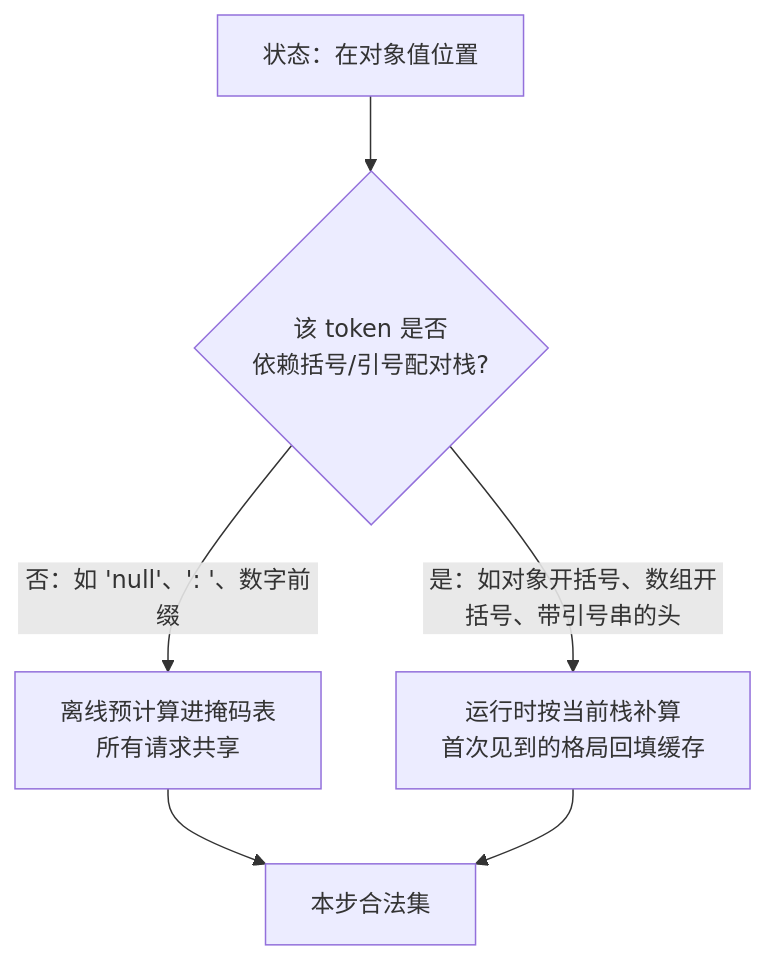
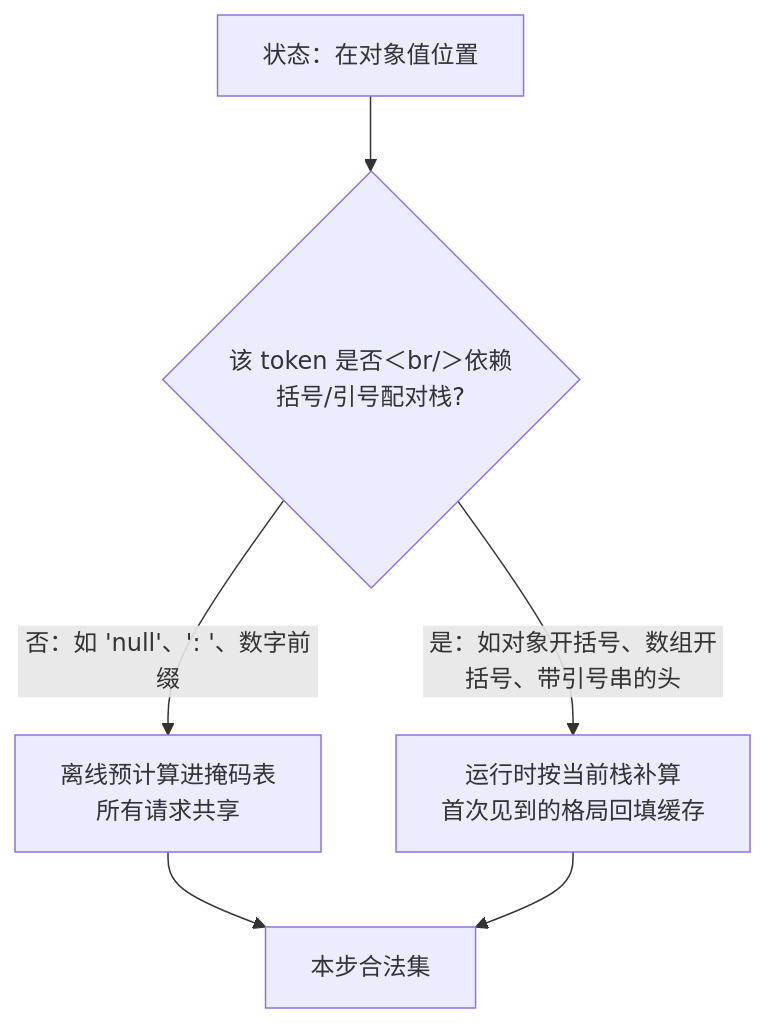
One commit to xhongduo-tech/xhongduo-tech.github.io changed the second of 2 diagrams in docs/llm/dec-schema-compile.md. Above: the diagram before and after it, drawn with Mermaid. The commit also changed 291 other files, not shown here.

Commit message:
Normalize lesson titles to tree names and repair mermaid arrow/quote syntax site-wide.

````diff
--- a/docs/llm/dec-schema-compile.md
+++ b/docs/llm/dec-schema-compile.md
@@ -56,8 +56,8 @@
 ```mermaid
 flowchart TD
-  S["状态：在对象值位置"] --> Q{"该 token 是否<br/>依赖括号/引号配对栈?"}
+  S["状态：在对象值位置"] --> Q{"该 token 是否＜br/＞依赖括号/引号配对栈?"}
   Q -->|"否：如 'null'、': '、数字前缀"| OFF["离线预计算进掩码表<br/>所有请求共享"]
   Q -->|"是：如对象开括号、数组开括号、带引号串的头"| ON["运行时按当前栈补算<br/>首次见到的格局回填缓存"]
   OFF --> T["本步合法集"]
   ON --> T
 ```
````
